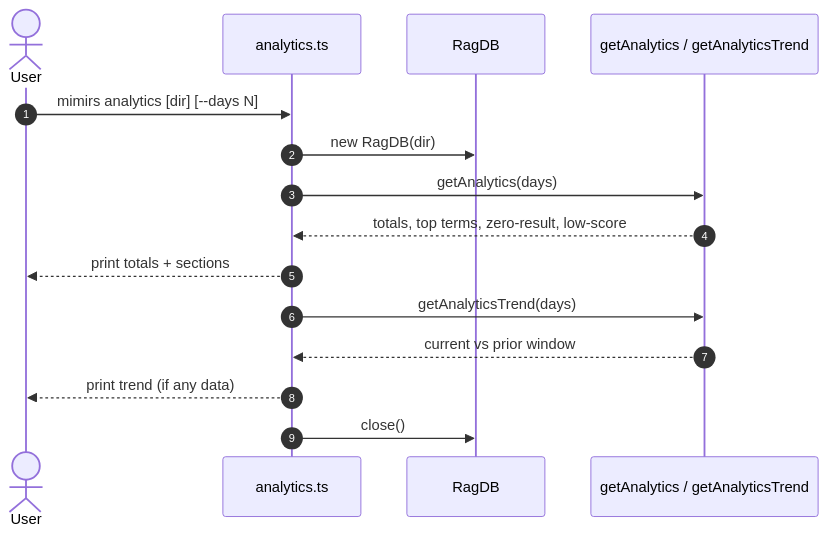
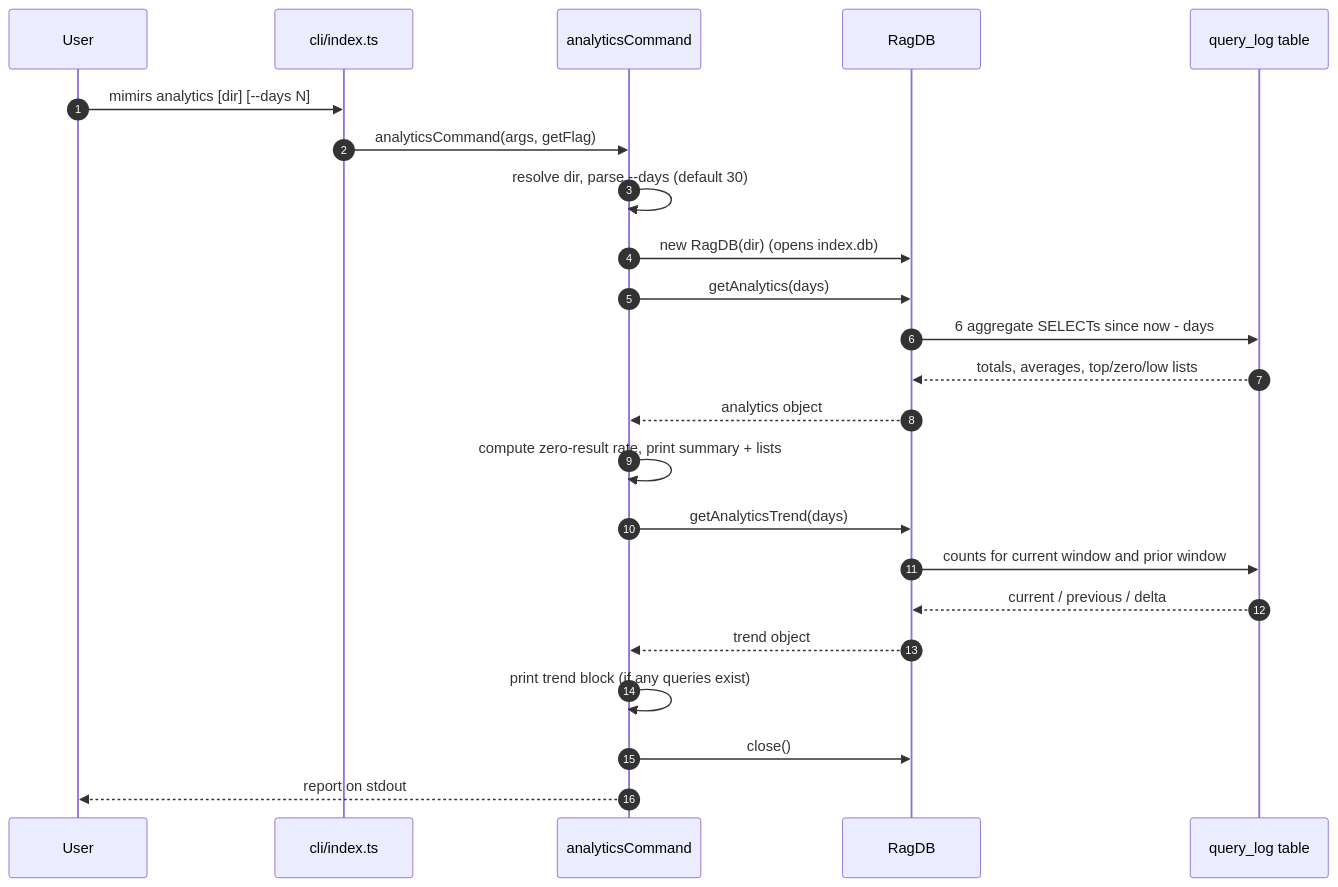
One commit to TheWinci/mimirs changed the diagram in wiki/cli/analytics.md. Above: the diagram before and after it, drawn with Mermaid. The commit also changed other lines of this file and 51 other files, not shown here.

````diff
--- a/wiki/cli/analytics.md
+++ b/wiki/cli/analytics.md
@@ -25,17 +57,26 @@
 ```mermaid
 sequenceDiagram
     autonumber
-    actor User
-    participant CLI as analytics.ts
+    participant User
+    participant Dispatch as cli/index.ts
+    participant Handler as analyticsCommand
     participant DB as RagDB
-    participant A as getAnalytics / getAnalyticsTrend
-    User->>CLI: mimirs analytics [dir] [--days N]
-    CLI->>DB: new RagDB(dir)
-    CLI->>A: getAnalytics(days)
-    A-->>CLI: totals, top terms, zero-result, low-score
-    CLI-->>User: print totals + sections
-    CLI->>A: getAnalyticsTrend(days)
-    A-->>CLI: current vs prior window
-    CLI-->>User: print trend (if any data)
-    CLI->>DB: close()
+    participant Log as query_log table
+
+    User->>Dispatch: mimirs analytics [dir] [--days N]
+    Dispatch->>Handler: analyticsCommand(args, getFlag)
+    Handler->>Handler: resolve dir, parse --days (default 30)
+    Handler->>DB: new RagDB(dir) (opens index.db)
+    Handler->>DB: getAnalytics(days)
+    DB->>Log: 6 aggregate SELECTs since now - days
+    Log-->>DB: totals, averages, top/zero/low lists
+    DB-->>Handler: analytics object
+    Handler->>Handler: compute zero-result rate, print summary + lists
+    Handler->>DB: getAnalyticsTrend(days)
+    DB->>Log: counts for current window and prior window
+    Log-->>DB: current / previous / delta
+    DB-->>Handler: trend object
+    Handler->>Handler: print trend block (if any queries exist)
+    Handler->>DB: close()
+    Handler-->>User: report on stdout
 ```
````
